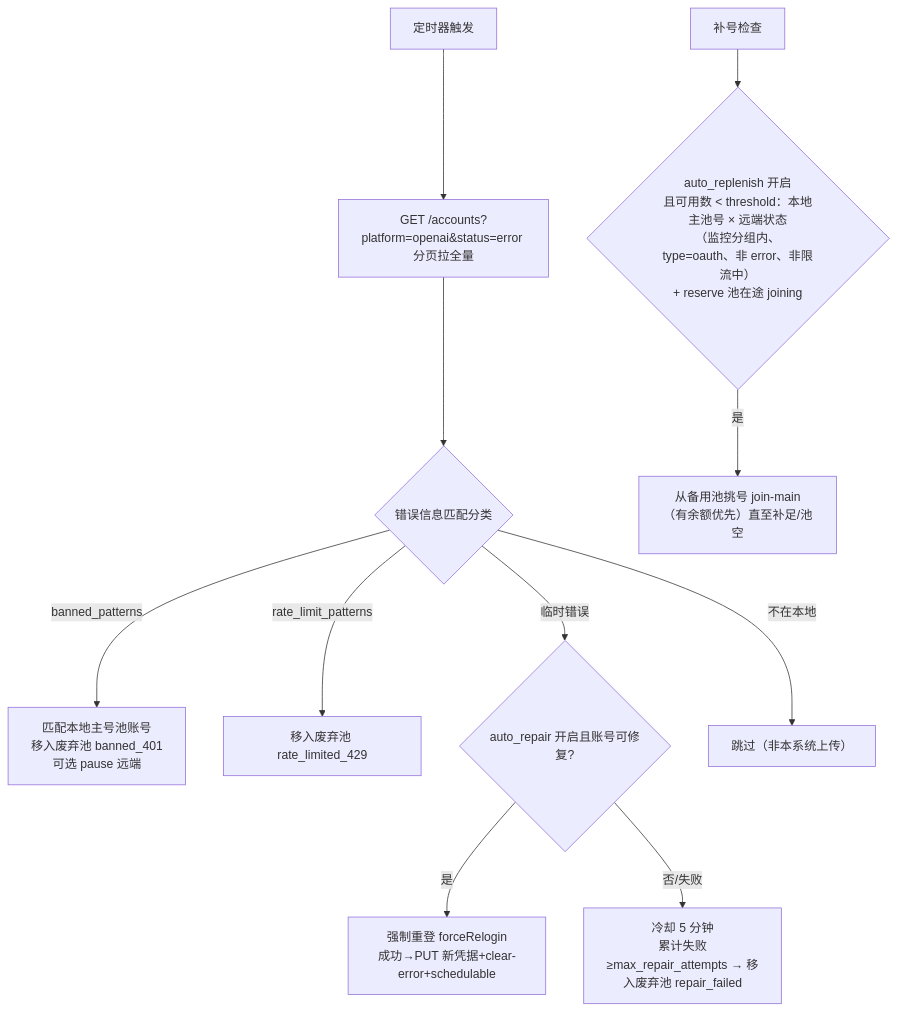
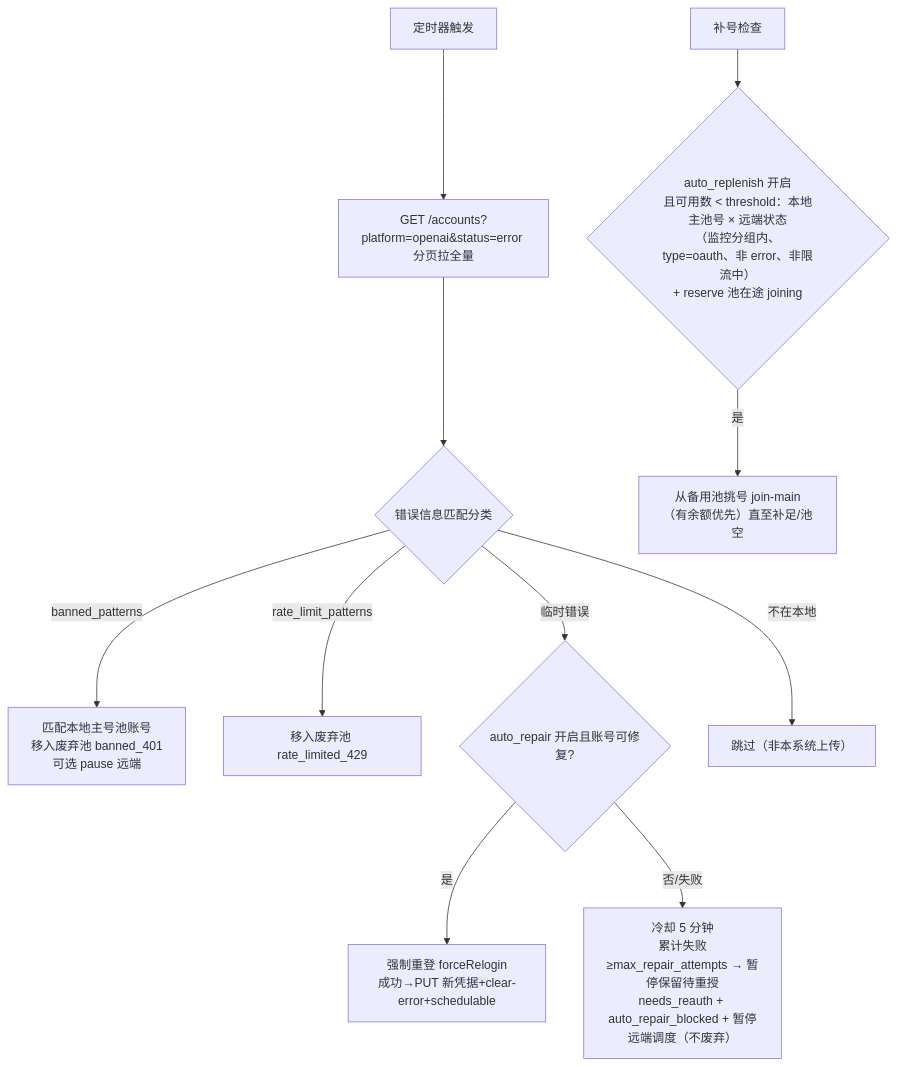
One commit to zhoudashuaibi/tosubV2 changed the second of 2 diagrams in docs/v2/04-后端设计/05-sub2api模块.md. Above: the diagram before and after it, drawn with Mermaid. The commit also changed 9 other files, not shown here.

````diff
--- a/docs/v2/04-后端设计/05-sub2api模块.md
+++ b/docs/v2/04-后端设计/05-sub2api模块.md
@@ -99,13 +99,13 @@
 ```mermaid
 flowchart TD
     T[定时器触发] --> A[GET /accounts?platform=openai&status=error 分页拉全量]
     A --> B{错误信息匹配分类}
     B -- banned_patterns --> C[匹配本地主号池账号<br/>移入废弃池 banned_401<br/>可选 pause 远端]
     B -- rate_limit_patterns --> D[移入废弃池 rate_limited_429]
     B -- 临时错误 --> E{auto_repair 开启且账号可修复?}
     E -- 是 --> F[强制重登 forceRelogin<br/>成功→PUT 新凭据+clear-error+schedulable]
-    E -- 否/失败 --> G[冷却 5 分钟<br/>累计失败≥max_repair_attempts → 移入废弃池 repair_failed]
+    E -- 否/失败 --> G[冷却 5 分钟<br/>累计失败≥max_repair_attempts → 暂停保留待重授<br/>needs_reauth + auto_repair_blocked + 暂停远端调度（不废弃）]
     B -- 不在本地 --> H[跳过（非本系统上传）]
     T2[补号检查] --> I{auto_replenish 开启<br/>且可用数 < threshold：本地主池号 × 远端状态<br/>（监控分组内、type=oauth、非 error、非限流中）<br/>+ reserve 池在途 joining}
     I -- 是 --> J[从备用池挑号 join-main<br/>（有余额优先）直至补足/池空]
 ```
````
